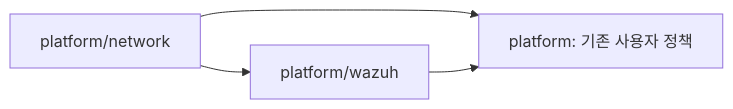
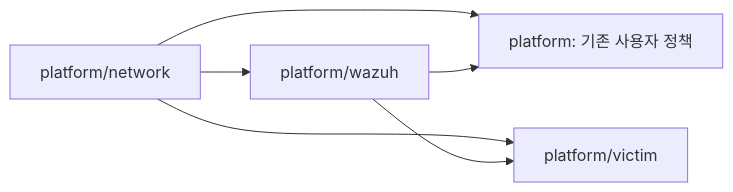
One commit to kintoun-secops/kintoun-infra changed the diagram in docs/modules/platform.md. Above: the diagram before and after it, drawn with Mermaid. The commit also changed other lines of this file and 5 other files, not shown here.

````diff
--- a/docs/modules/platform.md
+++ b/docs/modules/platform.md
@@ -13,6 +15,8 @@
 ```mermaid
 flowchart LR
   Network[platform/network] --> Wazuh[platform/wazuh]
   Network --> Legacy[platform: 기존 사용자 정책]
   Wazuh --> Legacy
+  Network --> Victim[platform/victim]
+  Wazuh --> Victim
 ```
````
